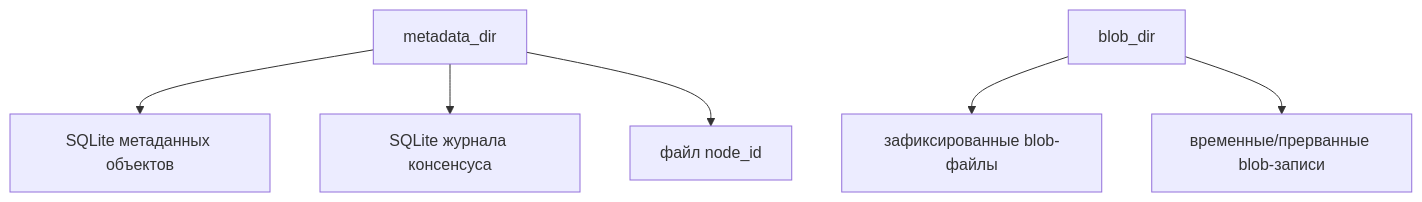
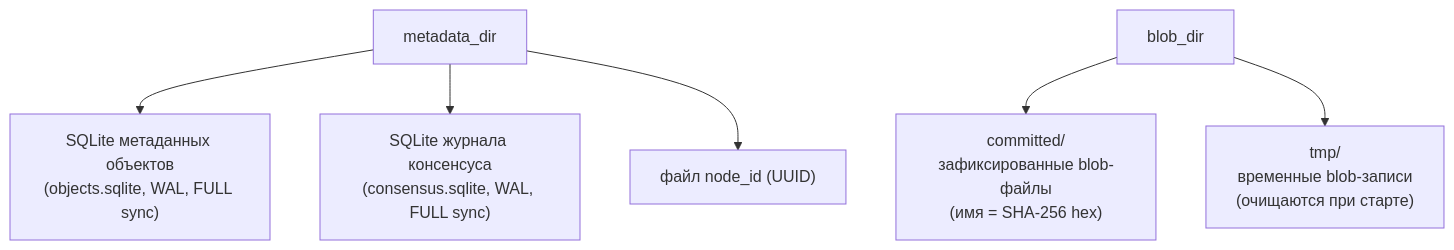
One commit to Bromles/so3 changed the fifth of 6 diagrams in docs/architecture.md. Above: the diagram before and after it, drawn with Mermaid. The commit also changed other lines of this file and 12 other files, not shown here.

````diff
--- a/docs/architecture.md
+++ b/docs/architecture.md
@@ -178,8 +257,8 @@
 ```mermaid
 flowchart TB
-    metadata_dir["metadata_dir"] --> object_db["SQLite метаданных объектов"]
-    metadata_dir --> journal_db["SQLite журнала консенсуса"]
-    metadata_dir --> node_id["файл node_id"]
-    blob_dir["blob_dir"] --> blobs["зафиксированные blob-файлы"]
-    blob_dir --> temp["временные/прерванные blob-записи"]
+    metadata_dir["metadata_dir"] --> object_db["SQLite метаданных объектов\n(objects.sqlite, WAL, FULL sync)"]
+    metadata_dir --> journal_db["SQLite журнала консенсуса\n(consensus.sqlite, WAL, FULL sync)"]
+    metadata_dir --> node_id_file["файл node_id (UUID)"]
+    blob_dir["blob_dir"] --> committed["committed/\nзафиксированные blob-файлы\n(имя = SHA-256 hex)"]
+    blob_dir --> temp["tmp/\nвременные blob-записи\n(очищаются при старте)"]
 ```
````
